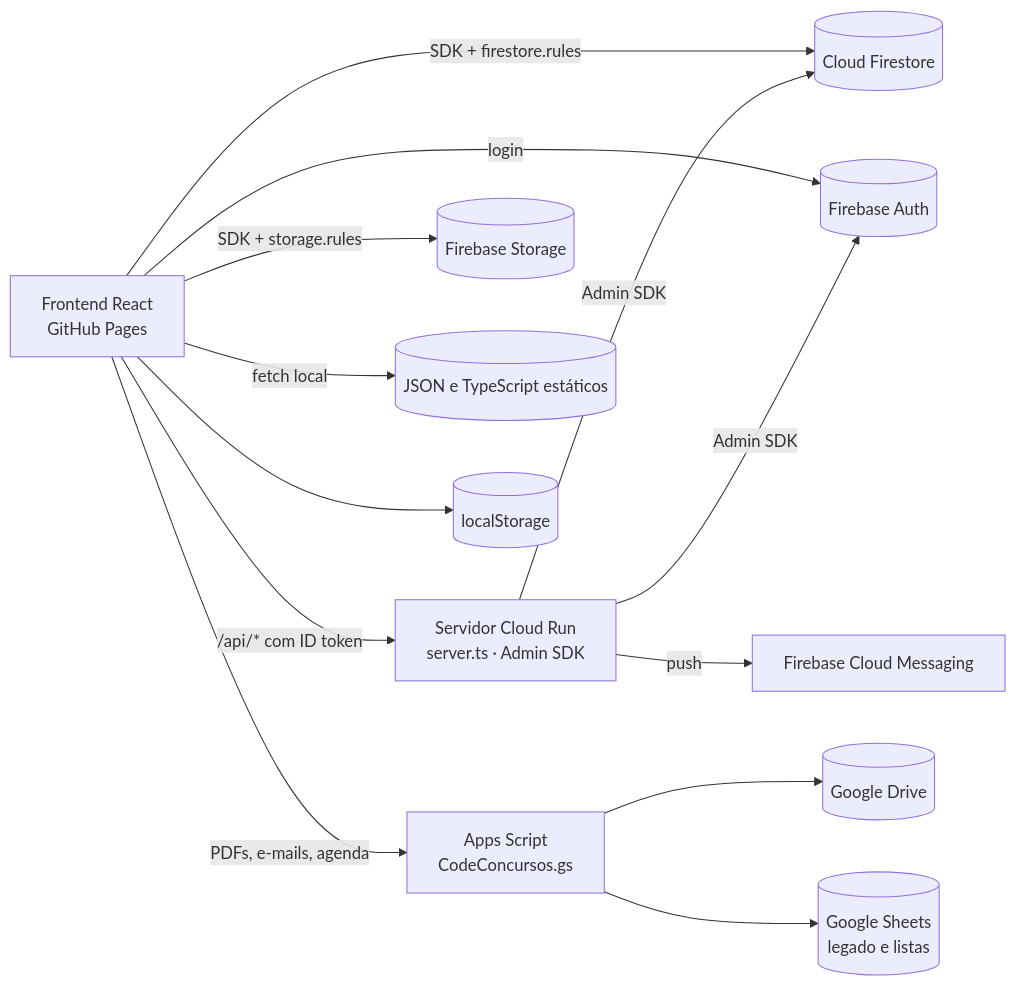
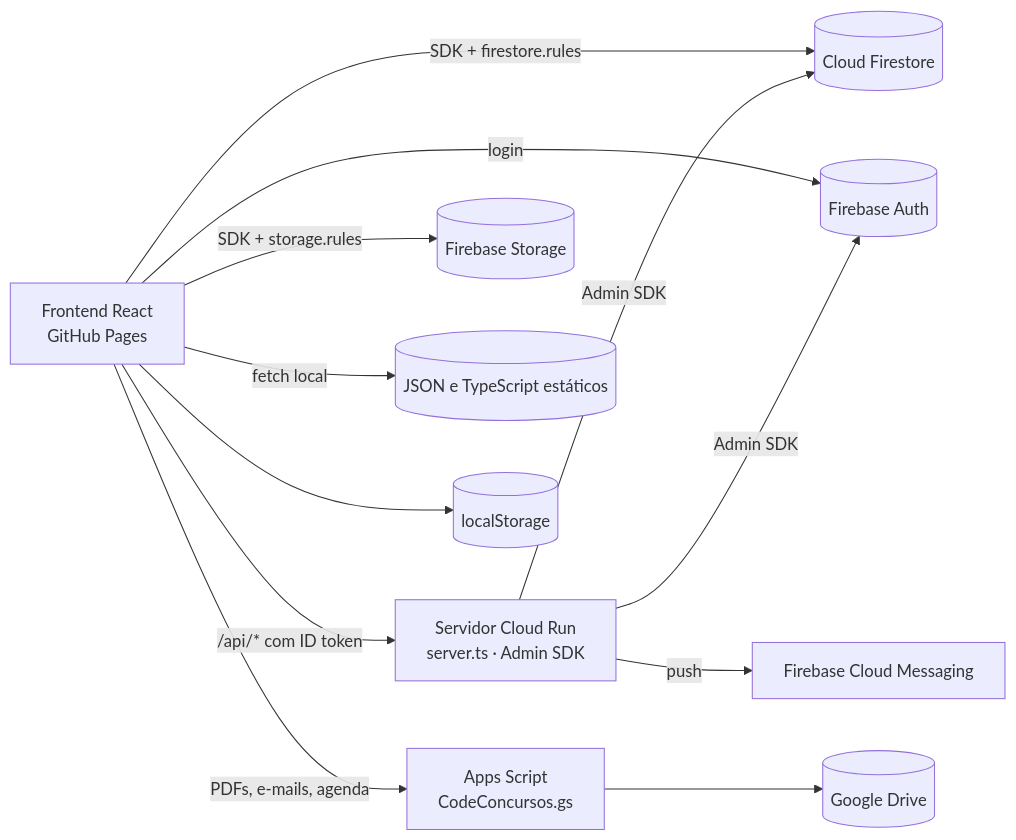
Before and after one commit to Mauriston/DoencasEPareceresJRS: the diagram in docs/database.md, drawn with Mermaid. The commit also changed other lines of this file and 11 other files, not shown here.

````diff
--- a/docs/database.md
+++ b/docs/database.md
@@ -25,29 +24,27 @@
 ```mermaid
 flowchart LR
     FE[Frontend React<br/>GitHub Pages]
     RUN[Servidor Cloud Run<br/>server.ts · Admin SDK]
     GAS[Apps Script<br/>CodeConcursos.gs]
 
     FS[(Cloud Firestore)]
     ST[(Firebase Storage)]
     AUTH[(Firebase Auth)]
     DRIVE[(Google Drive)]
-    SHEETS[(Google Sheets<br/>legado e listas)]
     FCM[Firebase Cloud Messaging]
     STATIC[(JSON e TypeScript estáticos)]
     LS[(localStorage)]
 
     FE -->|SDK + firestore.rules| FS
     FE -->|SDK + storage.rules| ST
     FE -->|login| AUTH
     FE -->|fetch local| STATIC
     FE --> LS
     FE -->|/api/* com ID token| RUN
     FE -->|PDFs, e-mails, agenda| GAS
 
     RUN -->|Admin SDK| FS
     RUN -->|Admin SDK| AUTH
     RUN -->|push| FCM
     GAS --> DRIVE
-    GAS --> SHEETS
 ```
````
